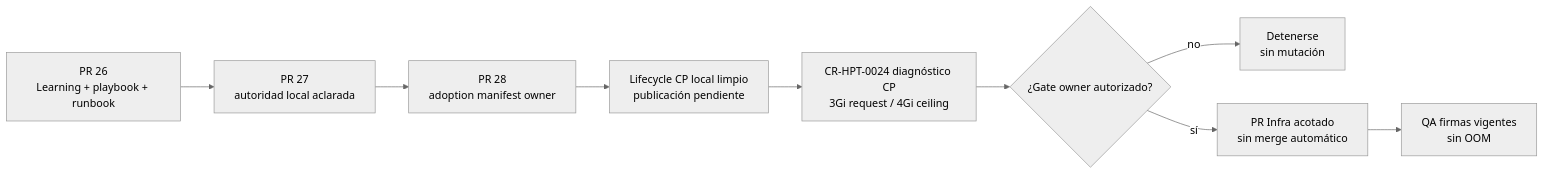
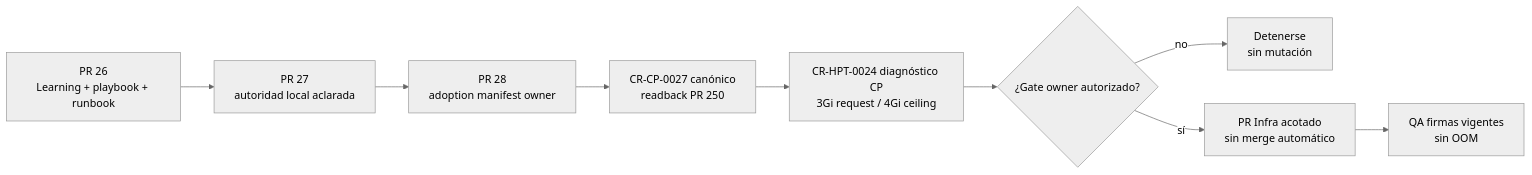
Before and after one commit to afpogo/4uentes-ards-control-plane: the diagram in evidence/requests/CR-HPT-0024/clamav-memory-diagnosis-and-ceiling-2026-09-05.md, drawn with Mermaid (neutral theme). The commit also changed other lines of this file and 1 other file, not shown here.

Commit message:
docs(CR-HPT-0024): refresh canonical adoption readback

````diff
--- a/evidence/requests/CR-HPT-0024/clamav-memory-diagnosis-and-ceiling-2026-09-05.md
+++ b/evidence/requests/CR-HPT-0024/clamav-memory-diagnosis-and-ceiling-2026-09-05.md
@@ -87,11 +91,11 @@
 ```mermaid
 flowchart LR
     A["PR 26<br/>Learning + playbook + runbook"] --> B["PR 27<br/>autoridad local aclarada"]
     B --> C["PR 28<br/>adoption manifest owner"]
-    C --> L["Lifecycle CP local limpio<br/>publicación pendiente"]
+    C --> L["CR-CP-0027 canónico<br/>readback PR 250"]
     L --> D["CR-HPT-0024 diagnóstico CP<br/>3Gi request / 4Gi ceiling"]
     D --> E{"¿Gate owner autorizado?"}
     E -->|"no"| S["Detenerse<br/>sin mutación"]
     E -->|"sí"| P["PR Infra acotado<br/>sin merge automático"]
     P --> Q["QA firmas vigentes<br/>sin OOM"]
 ```
````
